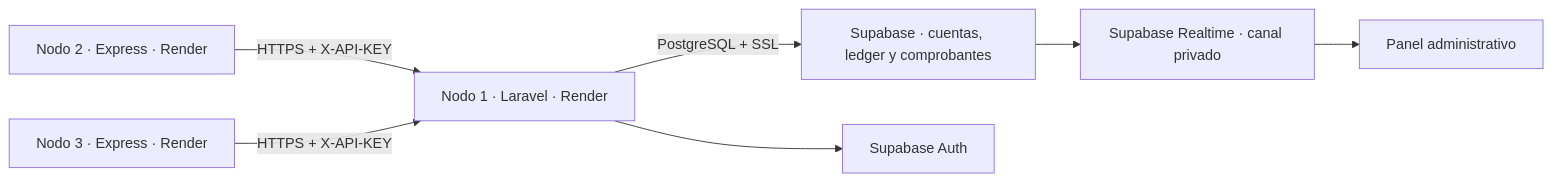
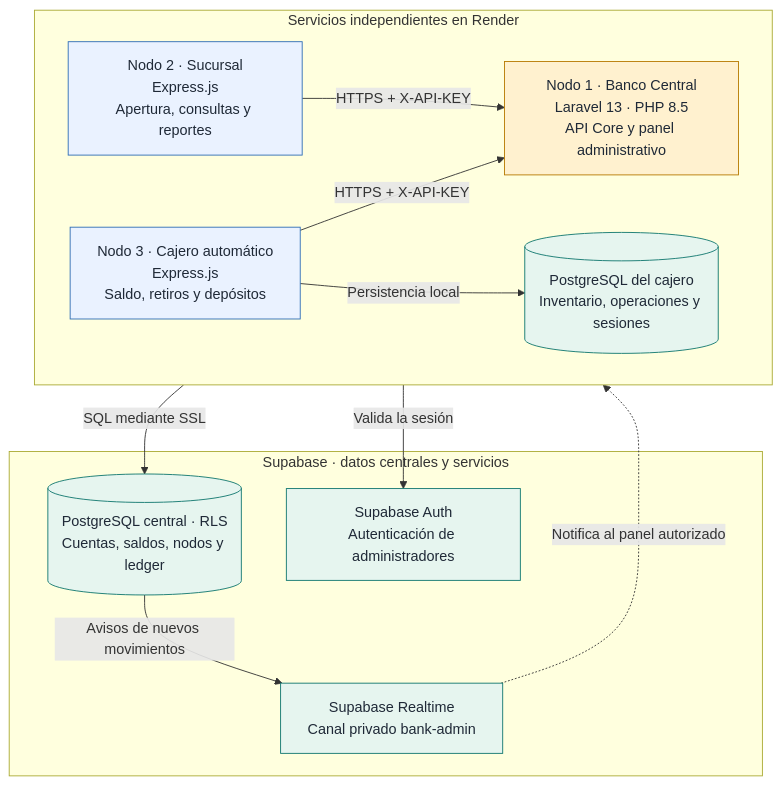
Before and after one commit to Shinra3245/EXAMEN_2_TOPWEB_NODO_1: the diagram in README.md, drawn with Mermaid. The commit also changed other lines of this file and 9 other files, not shown here.

Commit message:
Update Nodo 1 exam README with architecture, modules and system screenshots

````diff
--- a/README.md
+++ b/README.md
@@ -15,9 +26,28 @@
 ```mermaid
-flowchart LR
-  S["Nodo 2 · Express · Render"] -->|HTTPS + X-API-KEY| C["Nodo 1 · Laravel · Render"]
-  A["Nodo 3 · Express · Render"] -->|HTTPS + X-API-KEY| C
-  C -->|PostgreSQL + SSL| D["Supabase · cuentas, ledger y comprobantes"]
-  C --> U["Supabase Auth"]
-  D --> R["Supabase Realtime · canal privado"]
-  R --> P["Panel administrativo"]
+flowchart TB
+  subgraph render["Servicios independientes en Render"]
+    direction LR
+    N2["Nodo 2 · Sucursal<br/>Express.js<br/>Apertura, consultas y reportes"]
+    N1["Nodo 1 · Banco Central<br/>Laravel 13 · PHP 8.5<br/>API Core y panel administrativo"]
+    N3["Nodo 3 · Cajero automático<br/>Express.js<br/>Saldo, retiros y depósitos"]
+    LOCAL[("PostgreSQL del cajero<br/>Inventario, operaciones y sesiones")]
+    N2 -->|"HTTPS + X-API-KEY"| N1
+    N3 -->|"HTTPS + X-API-KEY"| N1
+    N3 -->|"Persistencia local"| LOCAL
+  end
+  subgraph supabase["Supabase · datos centrales y servicios"]
+    DB[("PostgreSQL central · RLS<br/>Cuentas, saldos, nodos y ledger")]
+    AUTH["Supabase Auth<br/>Autenticación de administradores"]
+    RT["Supabase Realtime<br/>Canal privado bank-admin"]
+    DB -->|"Avisos de nuevos movimientos"| RT
+  end
+  N1 -->|"SQL mediante SSL"| DB
+  N1 -->|"Valida la sesión"| AUTH
+  RT -.->|"Notifica al panel autorizado"| N1
+  classDef central fill:#fff1cf,stroke:#b77900,color:#1f2937;
+  classDef service fill:#eaf2ff,stroke:#2f6db5,color:#1f2937;
+  classDef database fill:#e6f5ef,stroke:#0f766e,color:#1f2937;
+  class N1 central;
+  class N2,N3 service;
+  class DB,LOCAL,AUTH,RT database;
 ```
````
